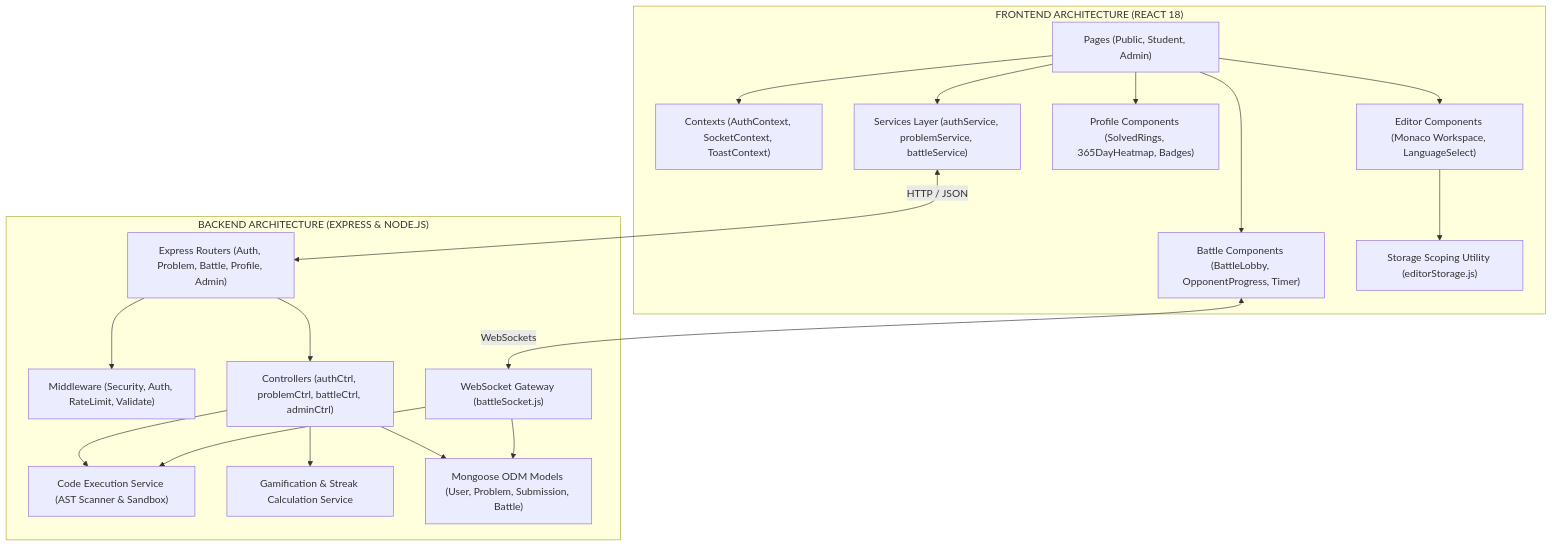
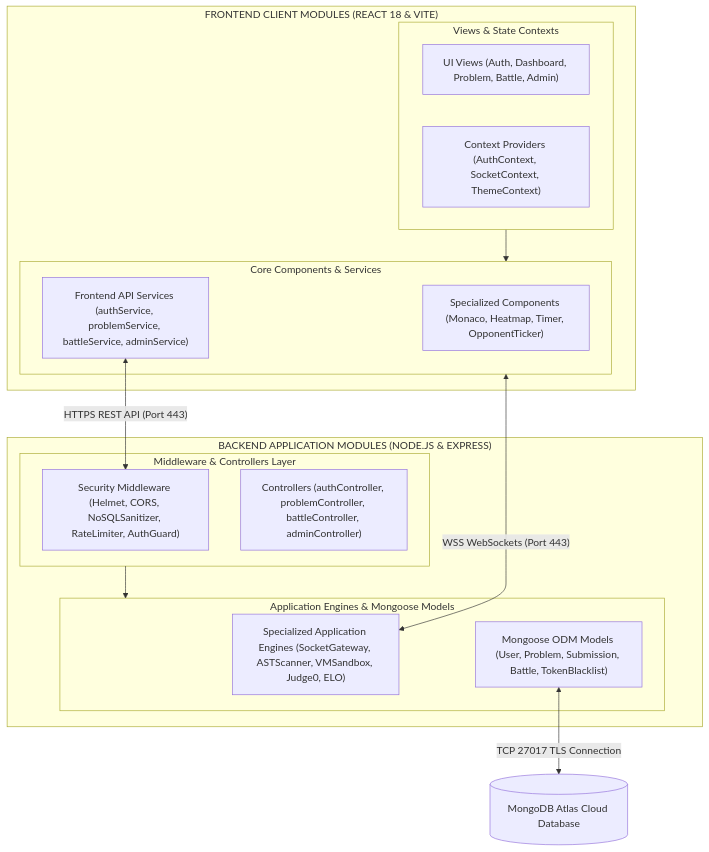
One commit to koushikreddy89/Skill-Battle changed the diagram in diagrams/10_component_diagram.mmd. Above: the diagram before and after it, drawn with Mermaid. The commit also changed 102 other files, not shown here.

Commit message:
docs: finalize professional project report and full-page diagram redesigns

```diff
--- a/diagrams/10_component_diagram.mmd
+++ b/diagrams/10_component_diagram.mmd
@@ -1,38 +1,32 @@
 flowchart TB
-    subgraph FrontendComponents ["FRONTEND ARCHITECTURE (REACT 18)"]
-        UI_Pages["Pages (Public, Student, Admin)"]
-        UI_Context["Contexts (AuthContext, SocketContext, ToastContext)"]
-        UI_Editor["Editor Components (Monaco Workspace, LanguageSelect)"]
-        UI_Battle["Battle Components (BattleLobby, OpponentProgress, Timer)"]
-        UI_Profile["Profile Components (SolvedRings, 365DayHeatmap, Badges)"]
-        API_Services["Services Layer (authService, problemService, battleService)"]
-        StorageUtil["Storage Scoping Utility (editorStorage.js)"]
+    subgraph FrontendArchitecture ["FRONTEND CLIENT MODULES (REACT 18 & VITE)"]
+        subgraph FE_Col1 ["Views & State Contexts"]
+            UIViews["UI Views (Auth, Dashboard, Problem, Battle, Admin)"]
+            StateContexts["Context Providers (AuthContext, SocketContext, ThemeContext)"]
+        end
 
-        UI_Pages --> UI_Context
-        UI_Pages --> UI_Editor
-        UI_Pages --> UI_Battle
-        UI_Pages --> UI_Profile
-        UI_Editor --> StorageUtil
-        UI_Pages --> API_Services
+        subgraph FE_Col2 ["Core Components & Services"]
+            CoreComponents["Specialized Components (Monaco, Heatmap, Timer, OpponentTicker)"]
+            APIServices["Frontend API Services (authService, problemService, battleService, adminService)"]
+        end
+
+        FE_Col1 --> FE_Col2
     end
 
-    subgraph BackendComponents ["BACKEND ARCHITECTURE (EXPRESS & NODE.JS)"]
-        MW_Pipeline["Middleware (Security, Auth, RateLimit, Validate)"]
-        Routers["Express Routers (Auth, Problem, Battle, Profile, Admin)"]
-        Controllers["Controllers (authCtrl, problemCtrl, battleCtrl, adminCtrl)"]
-        SocketModule["WebSocket Gateway (battleSocket.js)"]
-        ExecutionService["Code Execution Service (AST Scanner & Sandbox)"]
-        StreakService["Gamification & Streak Calculation Service"]
-        DB_Models["Mongoose ODM Models (User, Problem, Submission, Battle)"]
+    subgraph BackendArchitecture ["BACKEND APPLICATION MODULES (NODE.JS & EXPRESS)"]
+        subgraph BE_Col1 ["Middleware & Controllers Layer"]
+            MiddlewareSuite["Security Middleware (Helmet, CORS, NoSQLSanitizer, RateLimiter, AuthGuard)"]
+            ControllersLayer["Controllers (authController, problemController, battleController, adminController)"]
+        end
 
-        Routers --> MW_Pipeline
-        Routers --> Controllers
-        Controllers --> ExecutionService
-        Controllers --> StreakService
-        Controllers --> DB_Models
-        SocketModule --> DB_Models
-        SocketModule --> ExecutionService
+        subgraph BE_Col2 ["Application Engines & Mongoose Models"]
+            CoreEngines["Specialized Application Engines (SocketGateway, ASTScanner, VMSandbox, Judge0, ELO)"]
+            DataModels["Mongoose ODM Models (User, Problem, Submission, Battle, TokenBlacklist)"]
+        end
+
+        BE_Col1 --> BE_Col2
     end
 
-    API_Services <-->|HTTP / JSON| Routers
-    UI_Battle <-->|WebSockets| SocketModule
+    APIServices <-->|"HTTPS REST API (Port 443)"| MiddlewareSuite
+    FE_Col2 <-->|"WSS WebSockets (Port 443)"| CoreEngines
+    DataModels <-->|"TCP 27017 TLS Connection"| MongoDBCluster[("MongoDB Atlas Cloud Database")]
```
